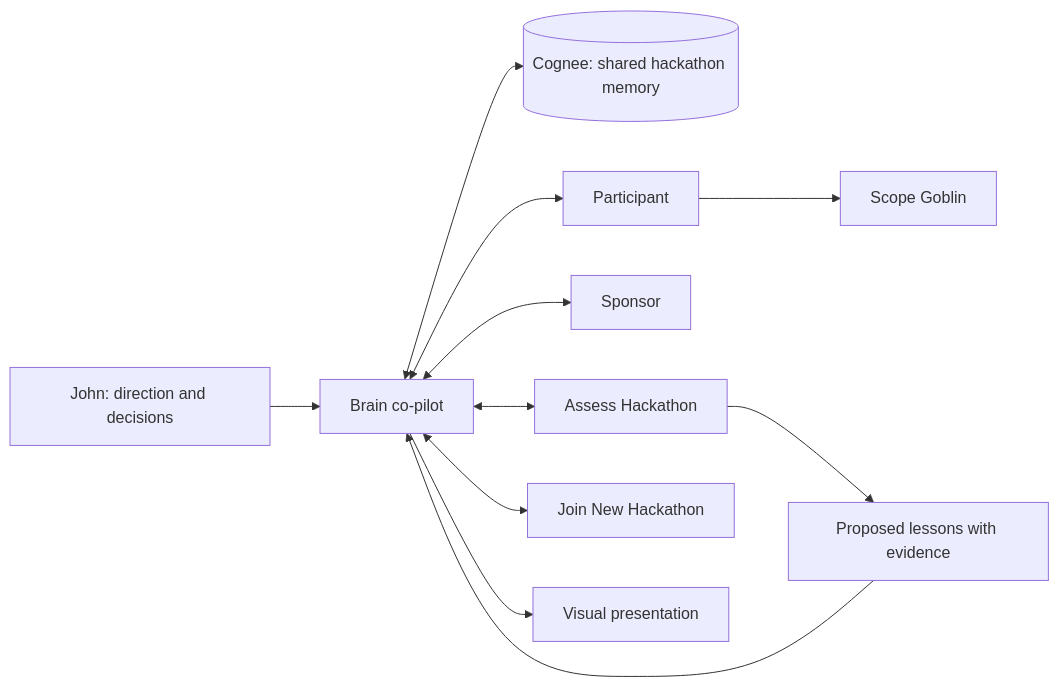
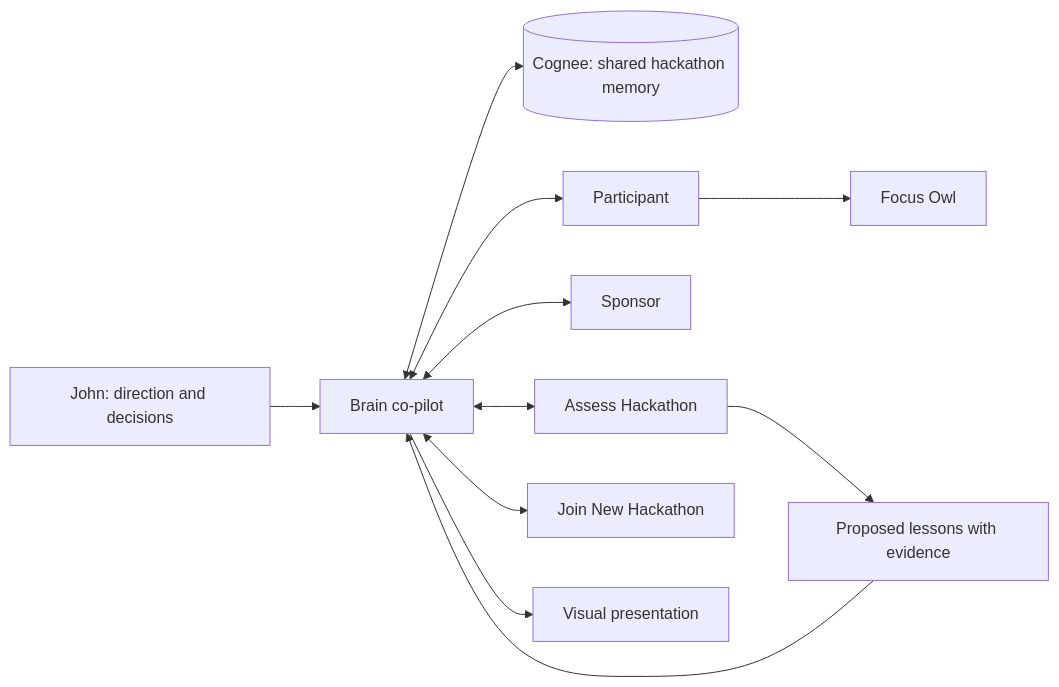
One commit to jymiller/hack-cognee changed the diagram in README.md. Above: the diagram before and after it, drawn with Mermaid. The commit also changed other lines of this file and 15 other files, not shown here.

Commit message:
Update live demo to Focus Owl and refresh submission materials

````diff
--- a/README.md
+++ b/README.md
@@ -33,13 +35,13 @@
 ```mermaid
 flowchart LR
     John[John: direction and decisions] --> Brain[Brain co-pilot]
     Brain <--> Memory[(Cognee: shared hackathon memory)]
     Brain <--> Participant[Participant]
     Brain <--> Sponsor[Sponsor]
     Brain <--> Assessment[Assess Hackathon]
     Brain <--> Next[Join New Hackathon]
-    Participant --> Goblin[Scope Goblin]
+    Participant --> Owl[Focus Owl]
     Assessment --> Lessons[Proposed lessons with evidence]
     Lessons --> Brain
     Brain --> Deck[Visual presentation]
 ```
````
